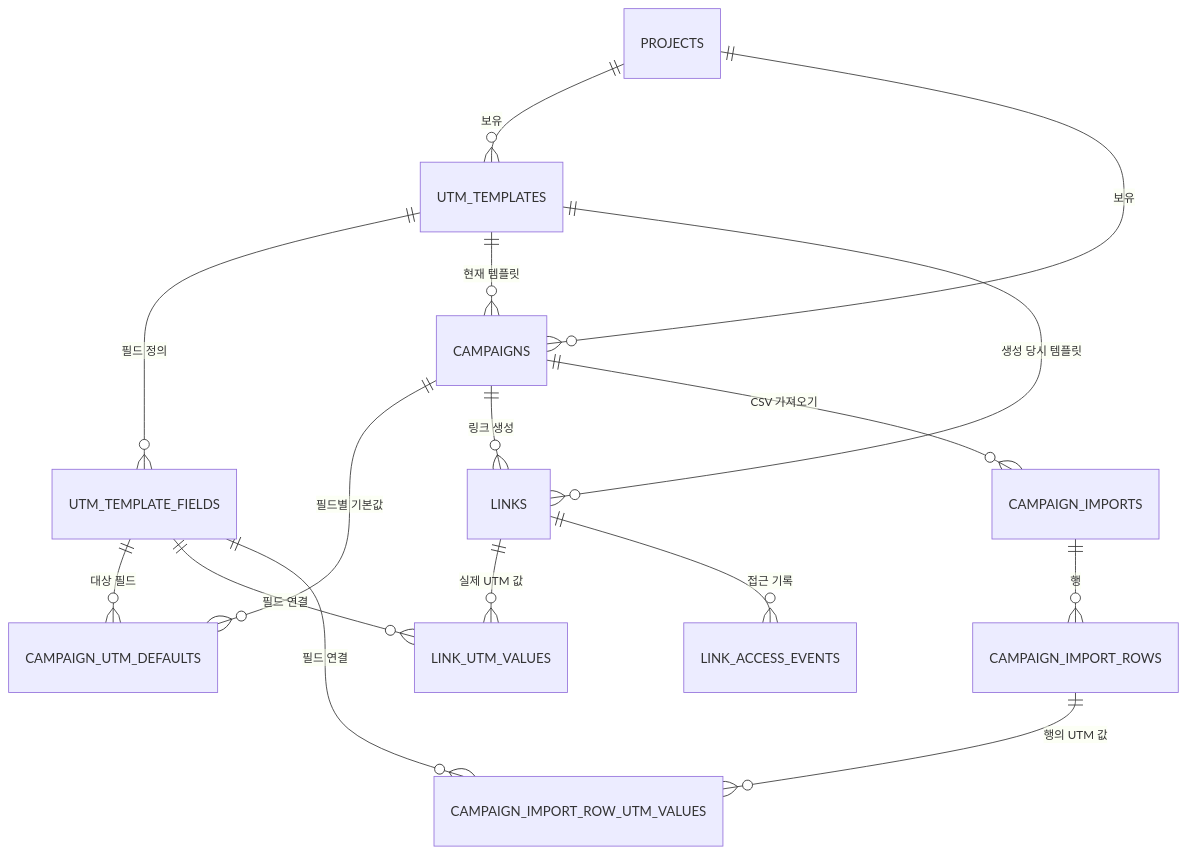
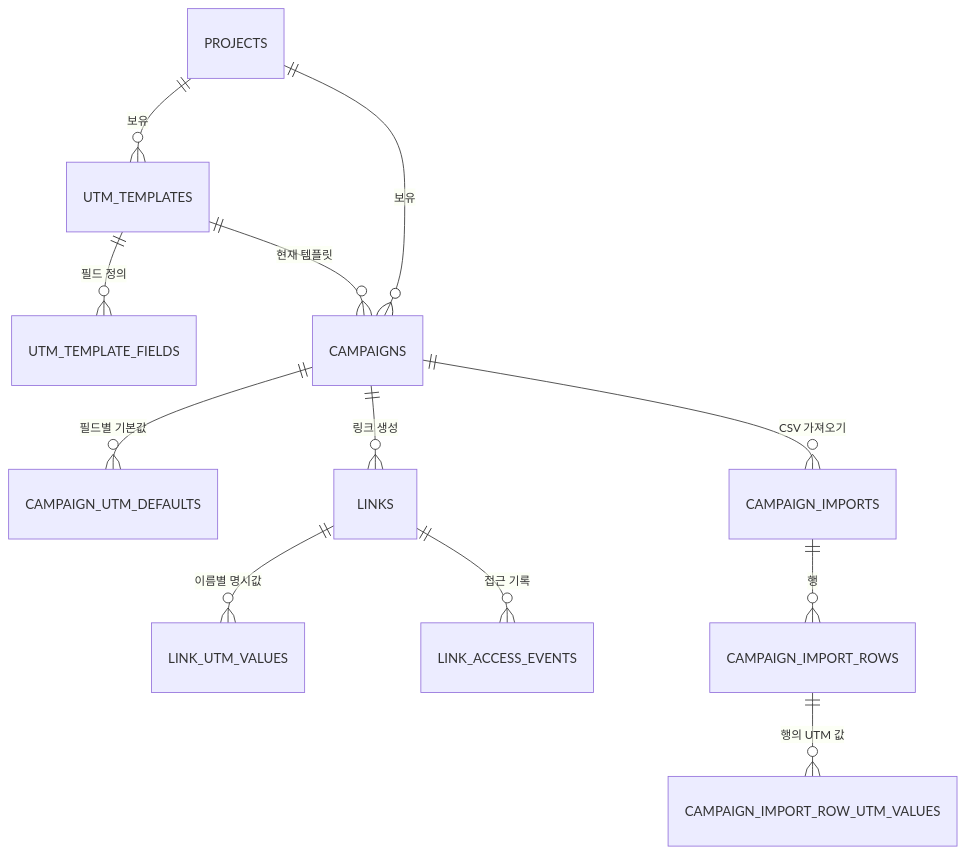
The diagram in docs/architecture/campaign_utm_templates.md (mohyeonMan/srrrg), drawn with Mermaid before and after one commit. The commit also changed other lines of this file and 41 other files, not shown here.

````diff
--- a/docs/architecture/campaign_utm_templates.md
+++ b/docs/architecture/campaign_utm_templates.md
@@ -27,18 +26,14 @@
 ```mermaid
 erDiagram
     PROJECTS ||--o{ UTM_TEMPLATES : "보유"
     UTM_TEMPLATES ||--o{ UTM_TEMPLATE_FIELDS : "필드 정의"
     PROJECTS ||--o{ CAMPAIGNS : "보유"
     UTM_TEMPLATES ||--o{ CAMPAIGNS : "현재 템플릿"
     CAMPAIGNS ||--o{ CAMPAIGN_UTM_DEFAULTS : "필드별 기본값"
-    UTM_TEMPLATE_FIELDS ||--o{ CAMPAIGN_UTM_DEFAULTS : "대상 필드"
     CAMPAIGNS ||--o{ LINKS : "링크 생성"
-    UTM_TEMPLATES ||--o{ LINKS : "생성 당시 템플릿"
-    LINKS ||--o{ LINK_UTM_VALUES : "실제 UTM 값"
-    UTM_TEMPLATE_FIELDS ||--o{ LINK_UTM_VALUES : "필드 연결"
+    LINKS ||--o{ LINK_UTM_VALUES : "이름별 명시값"
     LINKS ||--o{ LINK_ACCESS_EVENTS : "접근 기록"
     CAMPAIGNS ||--o{ CAMPAIGN_IMPORTS : "CSV 가져오기"
     CAMPAIGN_IMPORTS ||--o{ CAMPAIGN_IMPORT_ROWS : "행"
     CAMPAIGN_IMPORT_ROWS ||--o{ CAMPAIGN_IMPORT_ROW_UTM_VALUES : "행의 UTM 값"
-    UTM_TEMPLATE_FIELDS ||--o{ CAMPAIGN_IMPORT_ROW_UTM_VALUES : "필드 연결"
 ```
````
